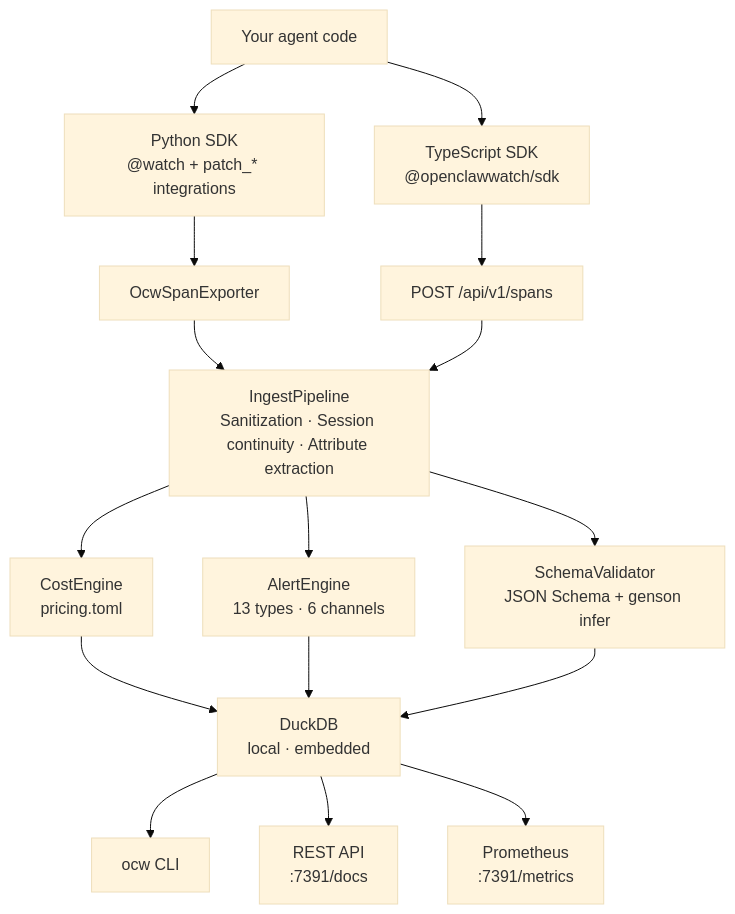
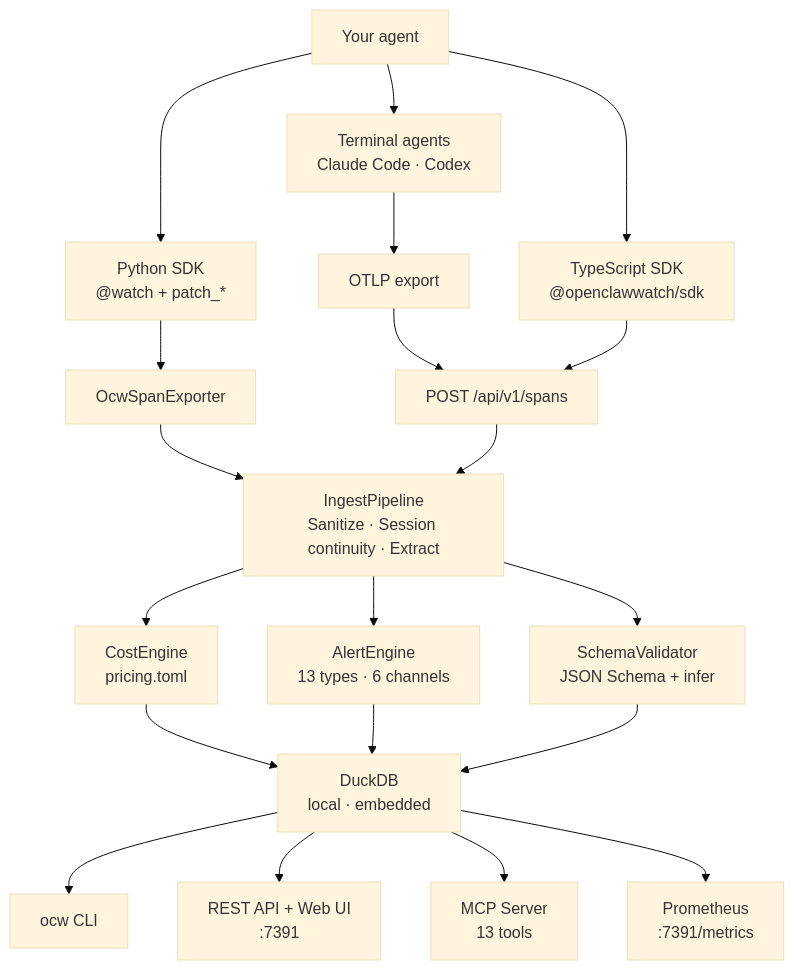
Before and after one commit to Metabuilder-Labs/openclawwatch: the diagram in README.md, drawn with Mermaid (base theme). The commit also changed other lines of this file, not shown here.

````diff
--- a/README.md
+++ b/README.md
@@ -371,27 +337,31 @@
 ```mermaid
 flowchart TD
-    Agent["Your agent code"]
+    Agent["Your agent"]
 
-    Agent --> PythonSDK["Python SDK\n@watch + patch_* integrations"]
+    Agent --> Terminal["Terminal agents\nClaude Code · Codex"]
+    Agent --> PythonSDK["Python SDK\n@watch + patch_*"]
     Agent --> TypeScriptSDK["TypeScript SDK\n@openclawwatch/sdk"]
 
+    Terminal --> OTLP["OTLP export"]
+    OTLP --> HTTP
     PythonSDK --> Exporter["OcwSpanExporter"]
     TypeScriptSDK --> HTTP["POST /api/v1/spans"]
 
     Exporter --> Ingest
     HTTP --> Ingest
 
-    Ingest["IngestPipeline\nSanitization · Session continuity · Attribute extraction"]
+    Ingest["IngestPipeline\nSanitize · Session continuity · Extract"]
 
     Ingest --> Cost["CostEngine\npricing.toml"]
     Ingest --> Alerts["AlertEngine\n13 types · 6 channels"]
-    Ingest --> Schema["SchemaValidator\nJSON Schema + genson infer"]
+    Ingest --> Schema["SchemaValidator\nJSON Schema + infer"]
 
     Cost --> DB["DuckDB\nlocal · embedded"]
     Alerts --> DB
     Schema --> DB
 
     DB --> CLI["ocw CLI"]
-    DB --> API["REST API\n:7391/docs"]
+    DB --> API["REST API + Web UI\n:7391"]
+    DB --> MCP["MCP Server\n13 tools"]
     DB --> Prom["Prometheus\n:7391/metrics"]
 ```
````
